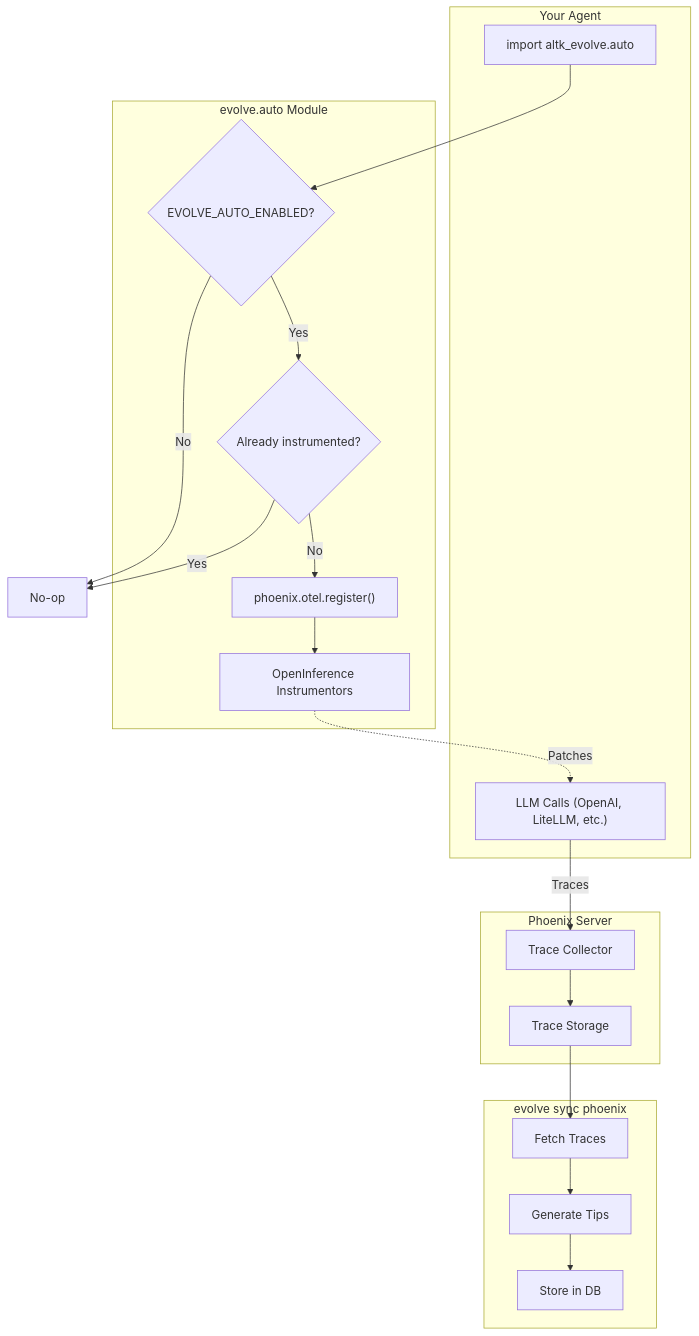
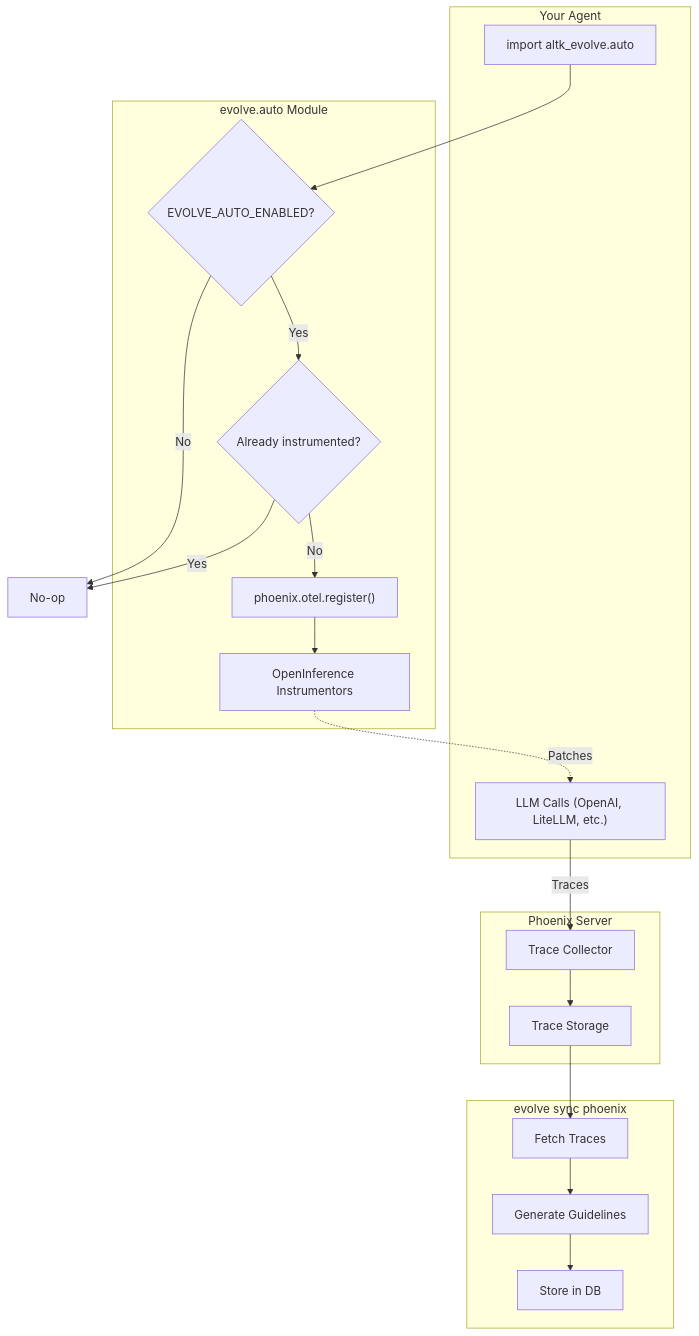
One commit to AgentToolkit/altk-evolve changed the diagram in docs/guides/low-code-tracing.md. Above: the diagram before and after it, drawn with Mermaid. The commit also changed other lines of this file and 51 other files, not shown here.

First line of the commit message:
Rename tips references to guidelines (#215)

````diff
--- a/docs/guides/low-code-tracing.md
+++ b/docs/guides/low-code-tracing.md
@@ -7,38 +7,38 @@
 ```mermaid
 flowchart TB
     subgraph Agent["Your Agent"]
         A1["import altk_evolve.auto"]
         A2["LLM Calls (OpenAI, LiteLLM, etc.)"]
     end
     
     subgraph Evolve["evolve.auto Module"]
         K1{"EVOLVE_AUTO_ENABLED?"}
         K2{"Already instrumented?"}
         K3["phoenix.otel.register()"]
         K4["OpenInference Instrumentors"]
     end
     
     subgraph Phoenix["Phoenix Server"]
         P1["Trace Collector"]
         P2["Trace Storage"]
     end
     
     subgraph Sync["evolve sync phoenix"]
         S1["Fetch Traces"]
-        S2["Generate Tips"]
+        S2["Generate Guidelines"]
         S3["Store in DB"]
     end
     
     A1 --> K1
     K1 -->|No| SKIP["No-op"]
     K1 -->|Yes| K2
     K2 -->|Yes| SKIP
     K2 -->|No| K3
     K3 --> K4
     K4 -.->|"Patches"| A2
     A2 -->|"Traces"| P1
     P1 --> P2
     P2 --> S1
     S1 --> S2
     S2 --> S3
 ```
````
